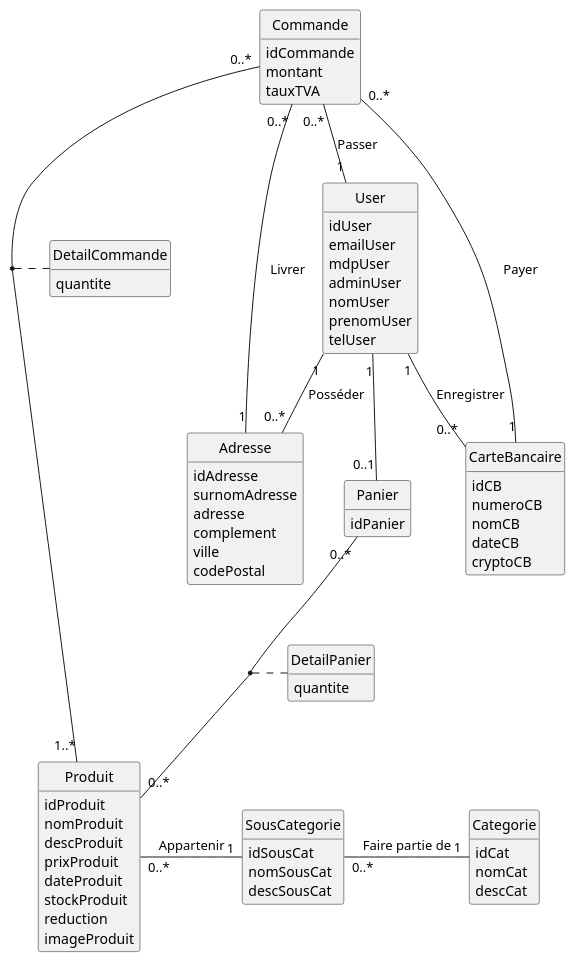
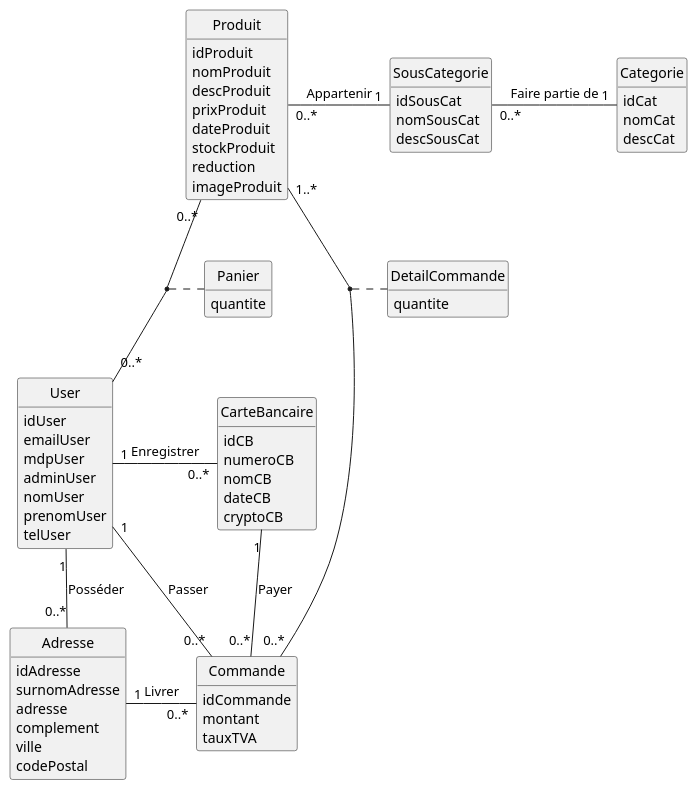
One commit to IUT-Blagnac/sae3-01-devapp-g2a-9 changed the diagram in bd/dc.plantuml. Above: the diagram before and after it, drawn with PlantUML.

Commit message:
correction panier + disposition

```diff
--- a/bd/dc.plantuml
+++ b/bd/dc.plantuml
@@ -1,82 +1,78 @@
 @startuml
 class Produit{
     idProduit
     nomProduit
     descProduit
     prixProduit
     dateProduit
     stockProduit
     reduction
     imageProduit
 }
 class Categorie{
     idCat
     nomCat
     descCat
 }
 class SousCategorie{
     idSousCat
     nomSousCat
     descSousCat
 }
 class DetailCommande{
     quantite    
 }
 class Commande{
     idCommande
     montant
     tauxTVA
 }
 class User{
     idUser
     emailUser
     mdpUser
     adminUser
     nomUser
     prenomUser
     telUser
 }
 class Adresse{
     idAdresse
     surnomAdresse
     adresse
     complement
     ville
     codePostal
 }
 class CarteBancaire{
     idCB
     numeroCB
     nomCB
     dateCB
     cryptoCB
 }
 class Panier {
-    idPanier
-}
-class DetailPanier {
     quantite
 }
 
 Produit "0..*" - "1" SousCategorie : Appartenir
 SousCategorie "0..*" - "1" Categorie : Faire partie de
-Commande "0..*" -- "1..*" Produit
+Produit "1..*" -- "0..*" Commande
 (Commande, Produit) .. DetailCommande
 
-Commande "0..*" -- "1" User : Passer
-Commande "0..*" -- "1" CarteBancaire : Payer
-Commande "0..*" -- "1" Adresse : Livrer
+User "1" - "0..*" Commande : Passer
+Adresse "1" - "0..*" Commande : Livrer
+CarteBancaire "1" -- "0..*" Commande : Payer
 
 User "1" -- "0..*" Adresse : Posséder
-User "1" -- "0..*" CarteBancaire  : Enregistrer
+User "1" - "0..*" CarteBancaire  : Enregistrer
 
-User "1" -- "0..1" Panier
-Panier "0..*" -- "0..*" Produit
-(Panier, Produit) .. DetailPanier
+Produit "0..*" -- "0..*" User
+(User, Produit) .. Panier
 
 
 
 
 hide empty methods
 hide circle
 @enduml
```
